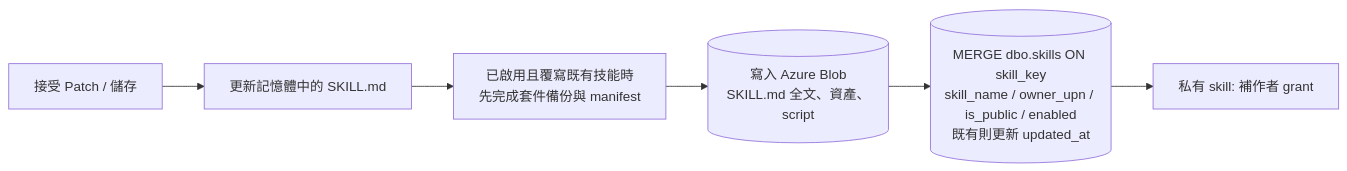
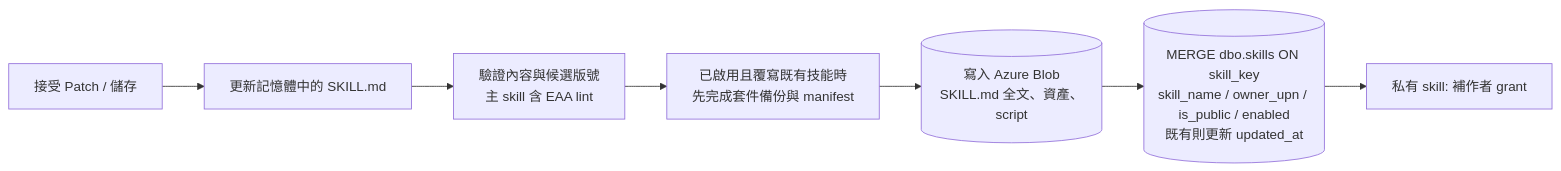
The third of 3 diagrams in docs/03-architecture.md (georgeliang0821/foundry-skill-generator-v3), drawn with Mermaid before and after one commit. The commit also changed other lines of this file and 13 other files, not shown here.

````diff
--- a/docs/03-architecture.md
+++ b/docs/03-architecture.md
@@ -118,8 +120,9 @@
 ```mermaid
 flowchart LR
     P[接受 Patch / 儲存] --> MEM[更新記憶體中的 SKILL.md]
-    MEM --> BACKUP[已啟用且覆寫既有技能時<br/>先完成套件備份與 manifest]
+    MEM --> CHECK[驗證內容與候選版號<br/>主 skill 含 EAA lint]
+    CHECK --> BACKUP[已啟用且覆寫既有技能時<br/>先完成套件備份與 manifest]
     BACKUP --> BLOB[(寫入 Azure Blob<br/>SKILL.md 全文、資產、script)]
     BLOB --> SQL[(MERGE dbo.skills ON skill_key<br/>skill_name / owner_upn / is_public / enabled<br/>既有則更新 updated_at)]
     SQL --> GRANT[私有 skill: 補作者 grant]
 ```
````
